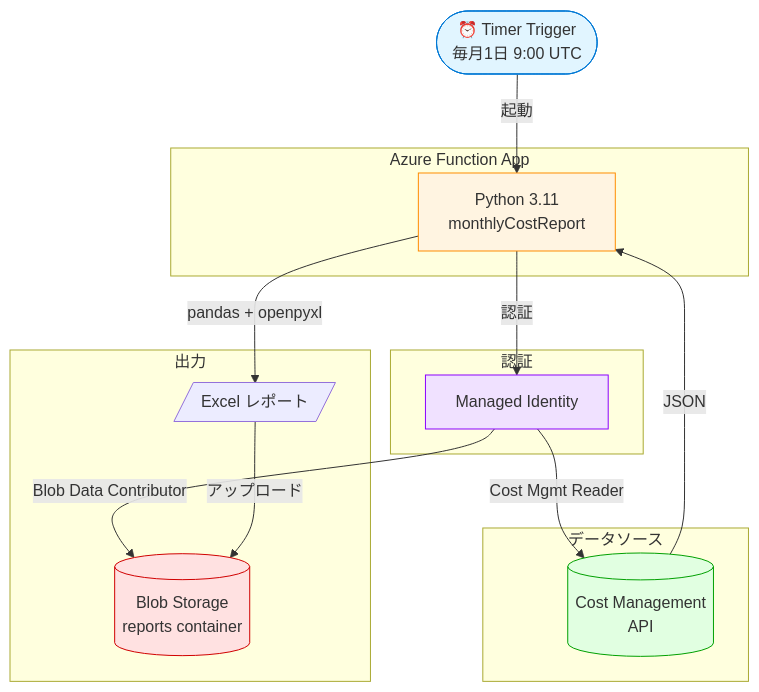
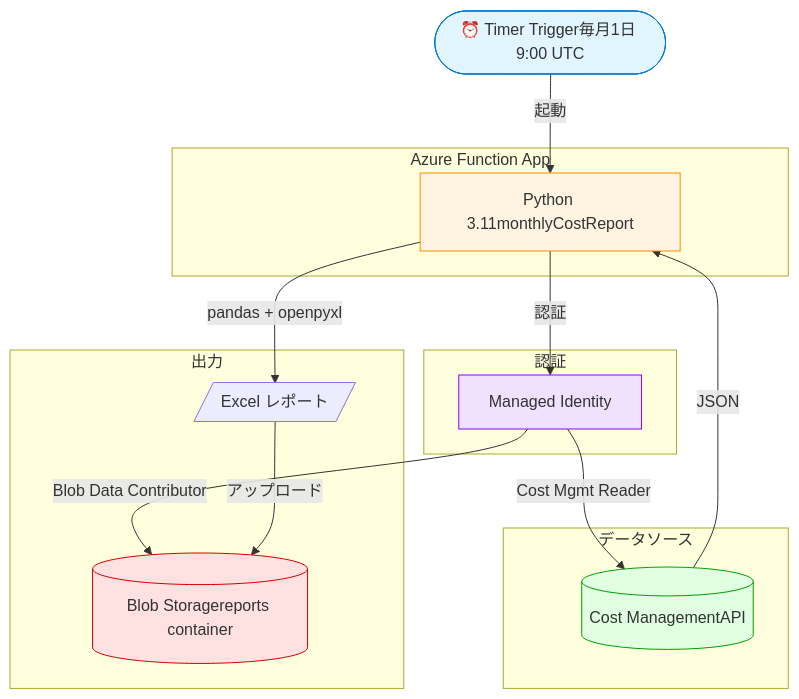
One commit to kanghuan666/azure-cost-report-demo changed the diagram in README.md. Above: the diagram before and after it, drawn with Mermaid. The commit also changed other lines of this file, not shown here.

````diff
--- a/README.md
+++ b/README.md
@@ -17,35 +24,35 @@
 ```mermaid
 flowchart TB
-    Timer([⏰ Timer Trigger<br/>毎月1日 9:00 UTC])
-    
+    Timer([⏰ Timer Trigger毎月1日 9:00 UTC])
+
     subgraph FunctionApp [Azure Function App]
-        Logic[Python 3.11<br/>monthlyCostReport]
+        Logic[Python 3.11monthlyCostReport]
     end
-    
+
     subgraph Auth [認証]
         MI[Managed Identity]
     end
-    
+
     subgraph DataSrc [データソース]
-        CostAPI[(Cost Management<br/>API)]
+        CostAPI[(Cost ManagementAPI)]
     end
-    
+
     subgraph Output [出力]
         Excel[/Excel レポート/]
-        Blob[(Blob Storage<br/>reports container)]
+        Blob[(Blob Storagereports container)]
     end
-    
+
     Timer -->|起動| Logic
     Logic -->|認証| MI
     MI -->|Cost Mgmt Reader| CostAPI
     MI -->|Blob Data Contributor| Blob
     CostAPI -->|JSON| Logic
     Logic -->|pandas + openpyxl| Excel
     Excel -->|アップロード| Blob
-    
+
     style Timer fill:#e1f5ff,stroke:#0078d4
     style Logic fill:#fff4e1,stroke:#ff8c00
     style MI fill:#f0e1ff,stroke:#8b00ff
     style CostAPI fill:#e1ffe1,stroke:#00a000
     style Blob fill:#ffe1e1,stroke:#d00000
 ```
````
